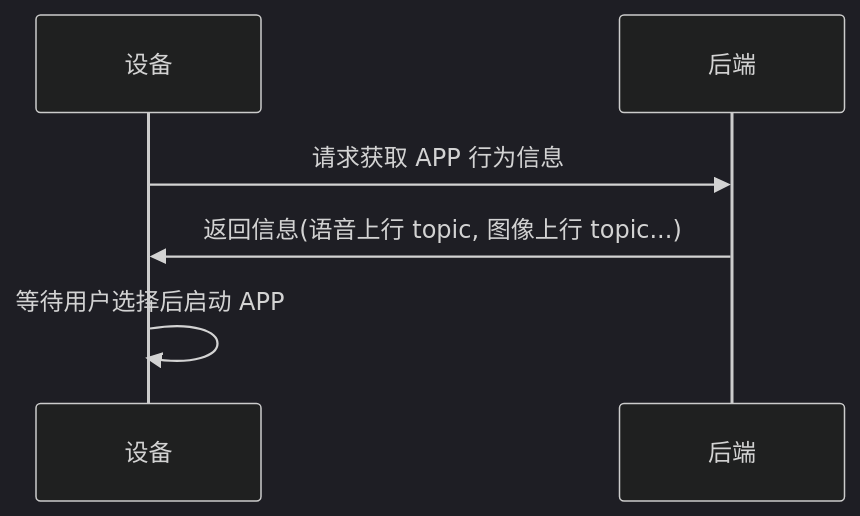
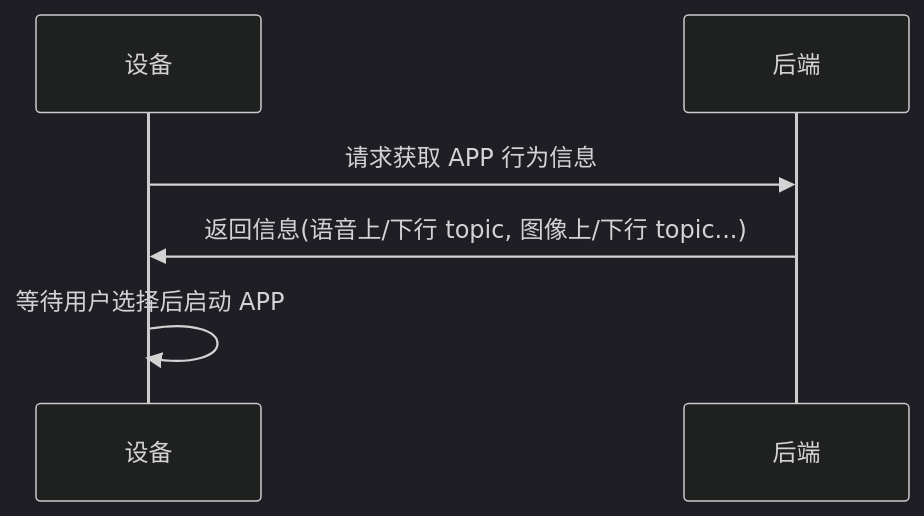
Before and after one commit to shaojun/open_docs: the fourth of 6 diagrams in projects/commercial/universal_app_api.md, drawn with Mermaid (dark theme). The commit also changed other lines of this file, not shown here.

````diff
--- a/projects/commercial/universal_app_api.md
+++ b/projects/commercial/universal_app_api.md
@@ -99,8 +99,8 @@
 ```mermaid
 sequenceDiagram
     participant Device as 设备
     participant Backend as 后端
     Device->>Backend: 请求获取 APP 行为信息
-    Backend->>Device: 返回信息(语音上行 topic, 图像上行 topic...)
+    Backend->>Device: 返回信息(语音上/下行 topic, 图像上/下行 topic...)
     Device->>Device: 等待用户选择后启动 APP
 ```
````
